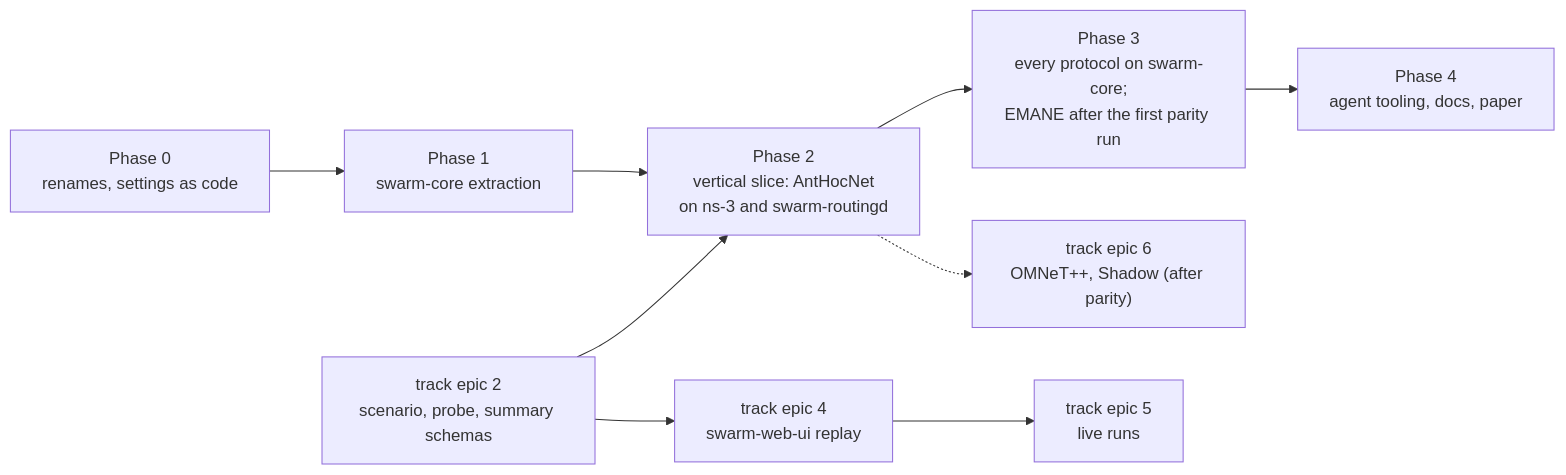
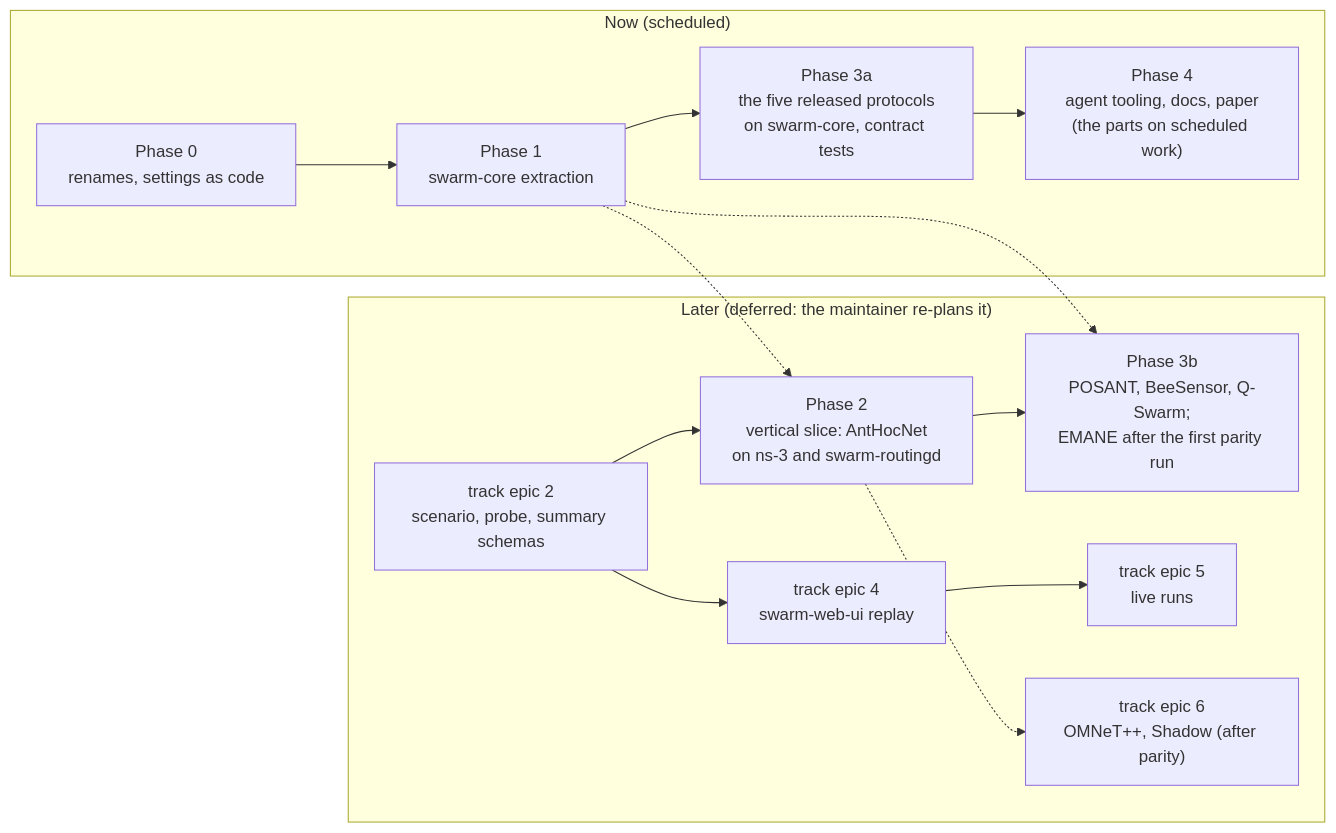
Before and after one commit to swarm-routing/.github: the first of 3 diagrams in ROADMAP.md, drawn with Mermaid. The commit also changed other lines of this file, not shown here.

First line of the commit message:
docs(roadmap): defer the daemon, new protocols, web ui and simulators (decisions 23, 24) (#722)

````diff
--- a/ROADMAP.md
+++ b/ROADMAP.md
@@ -172,11 +237,19 @@
 ```mermaid
 flowchart LR
-  M0["Phase 0<br/>renames, settings as code"] --> M1["Phase 1<br/>swarm-core extraction"]
-  M1 --> M2["Phase 2<br/>vertical slice: AntHocNet<br/>on ns-3 and swarm-routingd"]
-  M2 --> M3["Phase 3<br/>every protocol on swarm-core;<br/>EMANE after the first parity run"]
-  M3 --> M4["Phase 4<br/>agent tooling, docs, paper"]
-  S2["track epic 2<br/>scenario, probe, summary schemas"] --> M2
-  S2 --> W4["track epic 4<br/>swarm-web-ui replay"]
-  W4 --> W5["track epic 5<br/>live runs"]
-  M2 -.-> S6["track epic 6<br/>OMNeT++, Shadow (after parity)"]
+  subgraph NOW["Now (scheduled)"]
+    M0["Phase 0<br/>renames, settings as code"] --> M1["Phase 1<br/>swarm-core extraction"]
+    M1 --> M3a["Phase 3a<br/>the five released protocols<br/>on swarm-core, contract tests"]
+    M3a --> M4["Phase 4<br/>agent tooling, docs, paper<br/>(the parts on scheduled work)"]
+  end
+  subgraph LATER["Later (deferred: the maintainer re-plans it)"]
+    M2["Phase 2<br/>vertical slice: AntHocNet<br/>on ns-3 and swarm-routingd"]
+    M3b["Phase 3b<br/>POSANT, BeeSensor, Q-Swarm;<br/>EMANE after the first parity run"]
+    S2["track epic 2<br/>scenario, probe, summary schemas"] --> M2
+    S2 --> W4["track epic 4<br/>swarm-web-ui replay"]
+    W4 --> W5["track epic 5<br/>live runs"]
+    M2 --> M3b
+    M2 -.-> S6["track epic 6<br/>OMNeT++, Shadow (after parity)"]
+  end
+  M1 -.-> M2
+  M1 -.-> M3b
 ```
````
